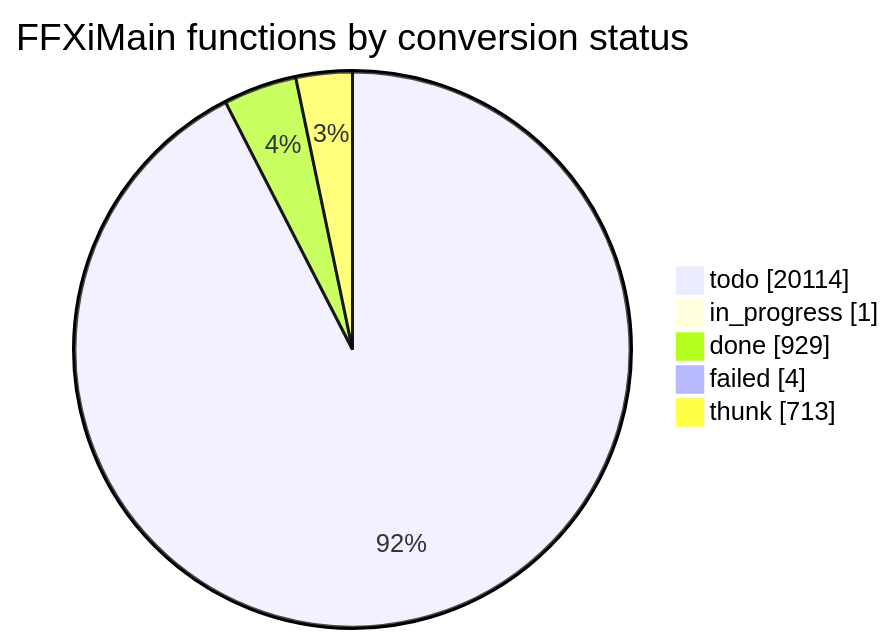
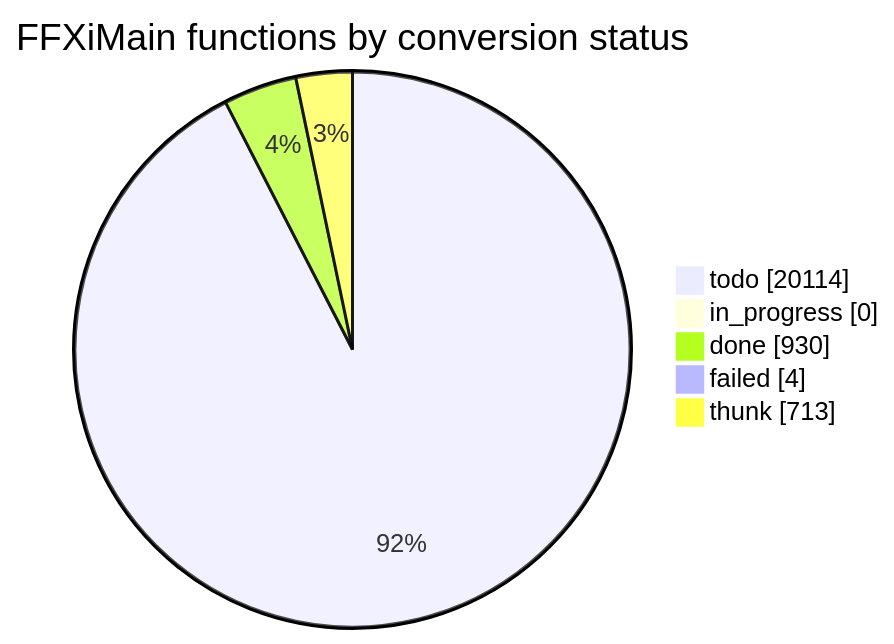
One commit to cowrevenge/cow_kuluu_xi_anything changed the diagram in docs/cow/STATUS.md. Above: the diagram before and after it, drawn with Mermaid. The commit also changed other lines of this file and 9 other files, not shown here.

````diff
--- a/docs/cow/STATUS.md
+++ b/docs/cow/STATUS.md
@@ -18,9 +18,9 @@
 ```mermaid
 pie showData
     title FFXiMain functions by conversion status
     "todo" : 20114
-    "in_progress" : 1
-    "done" : 929
+    "in_progress" : 0
+    "done" : 930
     "failed" : 4
     "thunk" : 713
 ```
````
